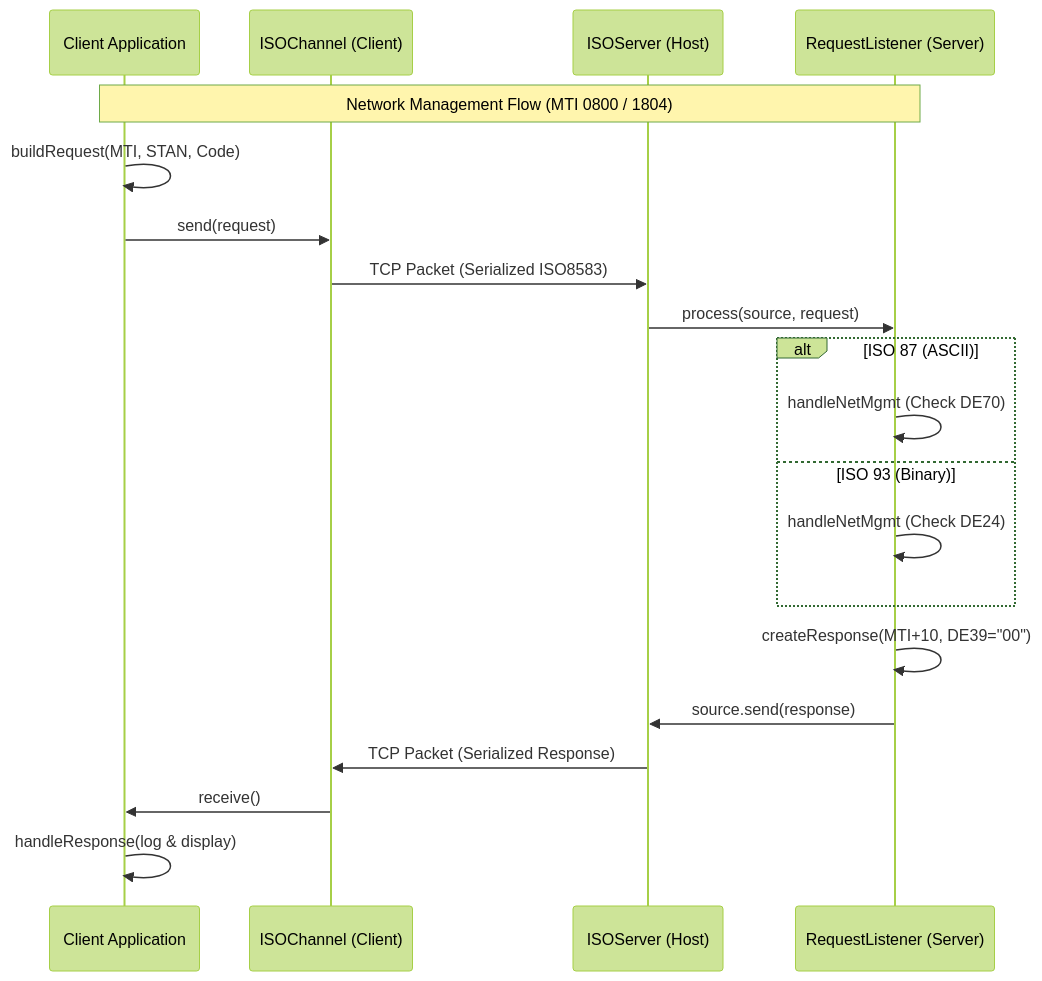
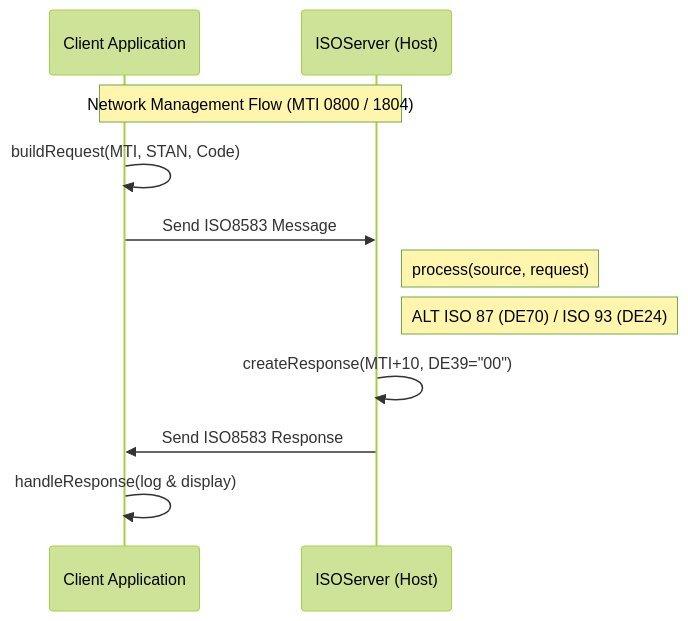
Before and after one commit to prem-pranav/jpos-simulator: the first of 3 diagrams in walkthrough.md, drawn with Mermaid (forest theme). The commit also changed other lines of this file, not shown here.

Commit message:
Simplified transaction flow diagrams

````diff
--- a/walkthrough.md
+++ b/walkthrough.md
@@ -24,26 +24,17 @@
 ```mermaid
 sequenceDiagram
     participant C as Client Application
-    participant CH as ISOChannel (Client)
     participant S as ISOServer (Host)
-    participant L as RequestListener (Server)
 
-    Note over C, L: Network Management Flow (MTI 0800 / 1804)
+    Note over C, S: Network Management Flow (MTI 0800 / 1804)
 
     C->>C: buildRequest(MTI, STAN, Code)
-    C->>CH: send(request)
-    CH->>S: TCP Packet (Serialized ISO8583)
-    S->>L: process(source, request)
+    C->>S: Send ISO8583 Message
     
-    ALT ISO 87 (ASCII)
-        L->>L: handleNetMgmt (Check DE70)
-    ELSE ISO 93 (Binary)
-        L->>L: handleNetMgmt (Check DE24)
-    END
+    Note right of S: process(source, request)
+    Note right of S: ALT ISO 87 (DE70) / ISO 93 (DE24)
 
-    L->>L: createResponse(MTI+10, DE39="00")
-    L->>S: source.send(response)
-    S->>CH: TCP Packet (Serialized Response)
-    CH->>C: receive()
+    S->>S: createResponse(MTI+10, DE39="00")
+    S->>C: Send ISO8583 Response
     C->>C: handleResponse(log & display)
 ```
````
